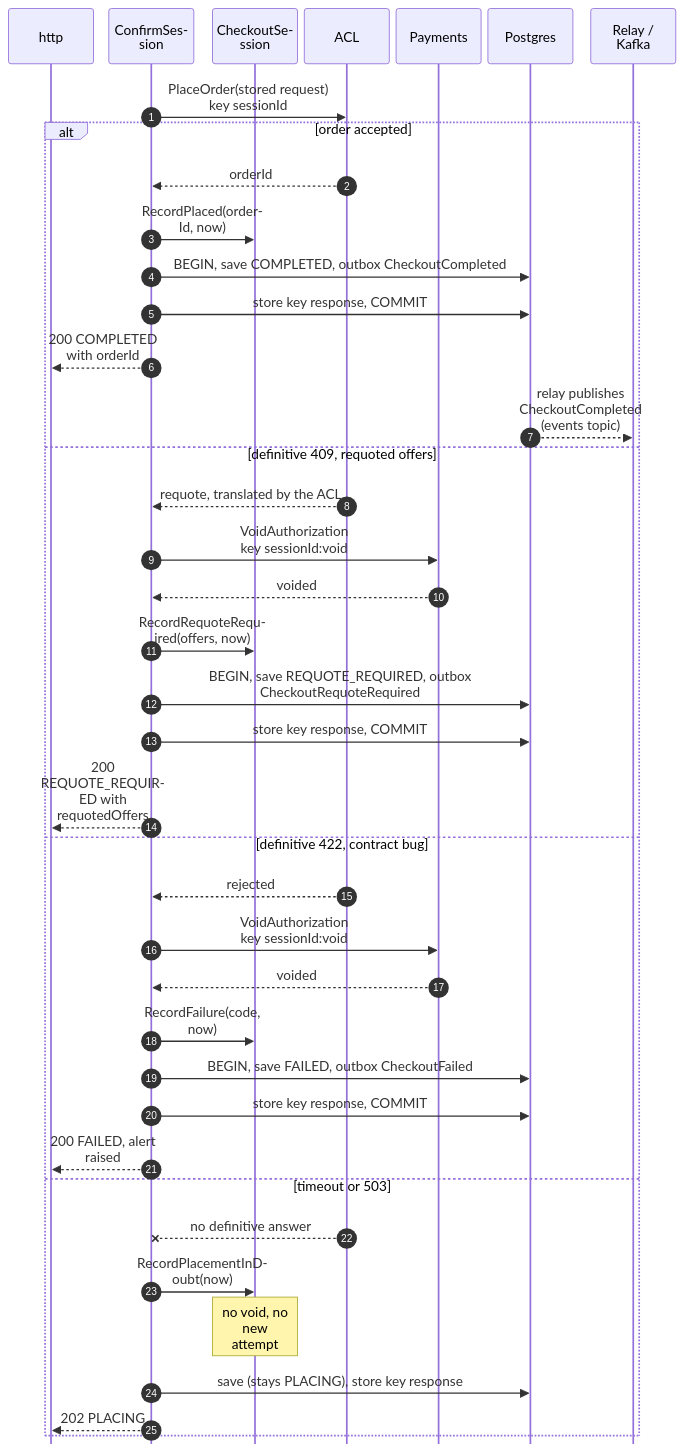
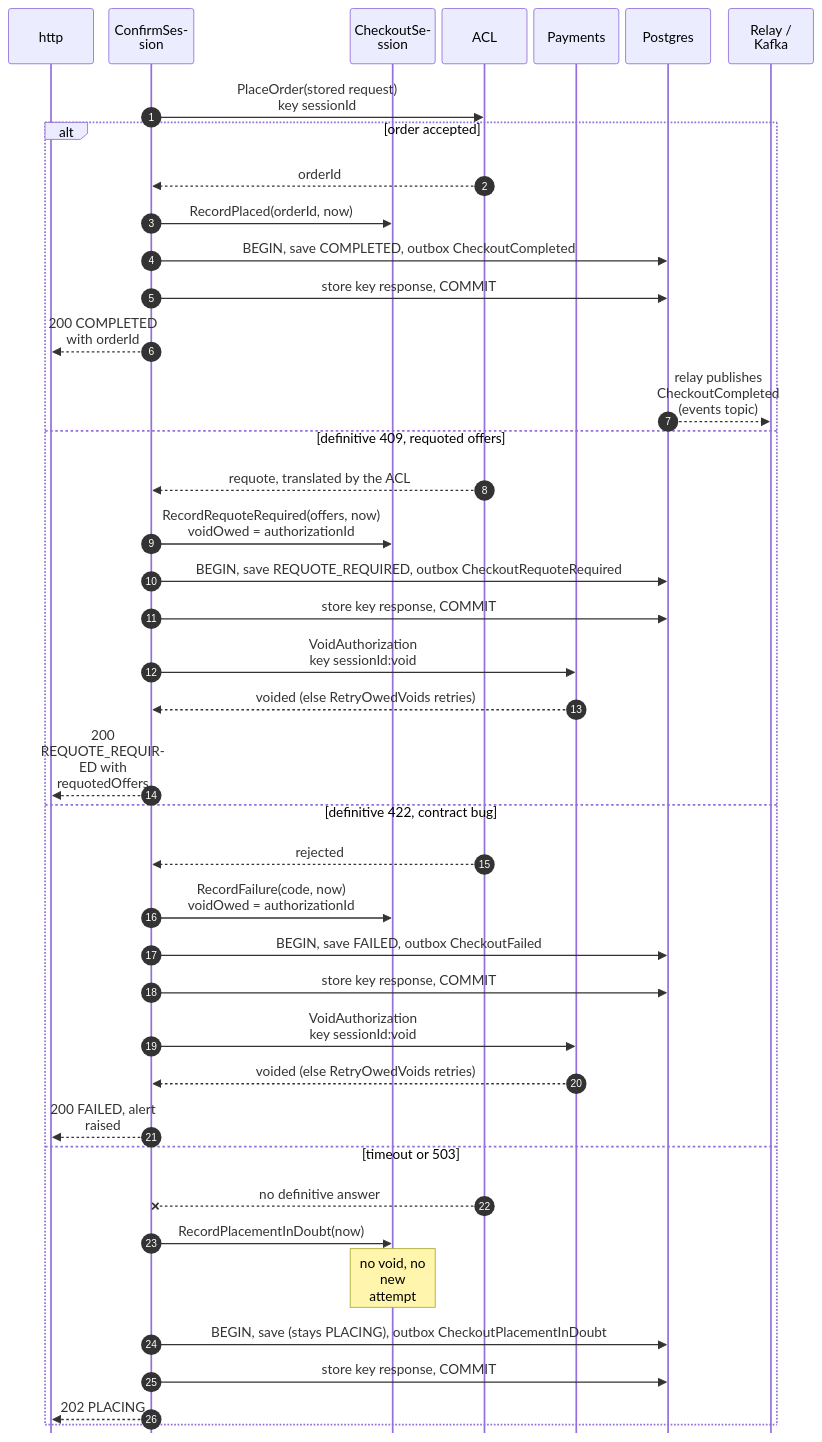
The third of 5 diagrams in storefront/docs/contexts/checkout/sequence-diagrams.md (IQVO/warehouse-docs), drawn with Mermaid before and after one commit. The commit also changed other lines of this file and 11 other files, not shown here.

````diff
--- a/storefront/docs/contexts/checkout/sequence-diagrams.md
+++ b/storefront/docs/contexts/checkout/sequence-diagrams.md
@@ -148,43 +158,44 @@
 ```mermaid
 %%{init: {"sequence": {"wrap": true, "width": 100, "actorMargin": 8, "messageMargin": 28, "boxMargin": 6, "noteMargin": 6, "mirrorActors": false}}}%%
 sequenceDiagram
     autonumber
     participant H as http
     participant UC as ConfirmSession
     participant A as CheckoutSession
     participant O as ACL
     participant P as Payments
     participant DB as Postgres
     participant K as Relay / Kafka
     UC->>O: PlaceOrder(stored request)<br/>key sessionId
     alt order accepted
         O-->>UC: orderId
         UC->>A: RecordPlaced(orderId, now)
         UC->>DB: BEGIN, save COMPLETED, outbox CheckoutCompleted
         UC->>DB: store key response, COMMIT
         UC-->>H: 200 COMPLETED with orderId
         DB-->>K: relay publishes CheckoutCompleted (events topic)
     else definitive 409, requoted offers
         O-->>UC: requote, translated by the ACL
-        UC->>P: VoidAuthorization<br/>key sessionId:void
-        P-->>UC: voided
-        UC->>A: RecordRequoteRequired(offers, now)
+        UC->>A: RecordRequoteRequired(offers, now)<br/>voidOwed = authorizationId
         UC->>DB: BEGIN, save REQUOTE_REQUIRED, outbox CheckoutRequoteRequired
         UC->>DB: store key response, COMMIT
+        UC->>P: VoidAuthorization<br/>key sessionId:void
+        P-->>UC: voided (else RetryOwedVoids retries)
         UC-->>H: 200 REQUOTE_REQUIRED with requotedOffers
     else definitive 422, contract bug
         O-->>UC: rejected
-        UC->>P: VoidAuthorization<br/>key sessionId:void
-        P-->>UC: voided
-        UC->>A: RecordFailure(code, now)
+        UC->>A: RecordFailure(code, now)<br/>voidOwed = authorizationId
         UC->>DB: BEGIN, save FAILED, outbox CheckoutFailed
         UC->>DB: store key response, COMMIT
+        UC->>P: VoidAuthorization<br/>key sessionId:void
+        P-->>UC: voided (else RetryOwedVoids retries)
         UC-->>H: 200 FAILED, alert raised
     else timeout or 503
         O--xUC: no definitive answer
         UC->>A: RecordPlacementInDoubt(now)
         Note over A: no void, no new attempt
-        UC->>DB: save (stays PLACING), store key response
+        UC->>DB: BEGIN, save (stays PLACING), outbox CheckoutPlacementInDoubt
+        UC->>DB: store key response, COMMIT
         UC-->>H: 202 PLACING
     end
 ```
````
